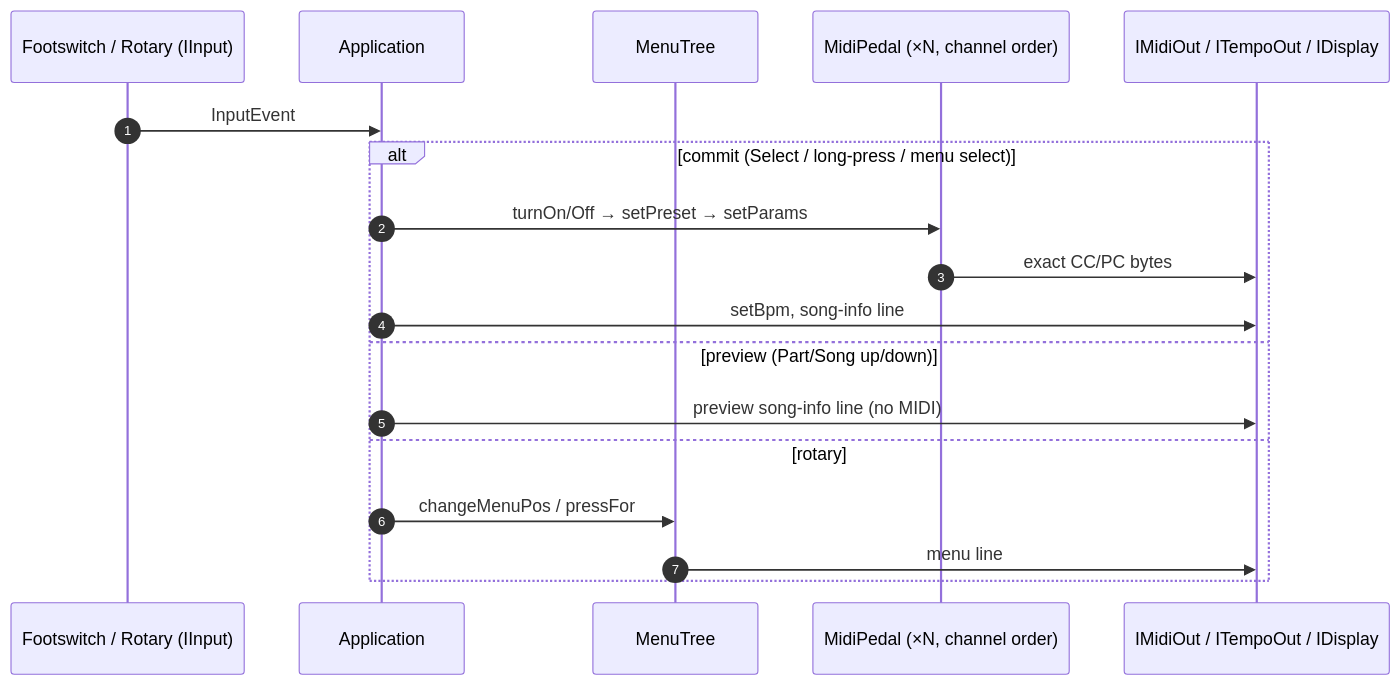
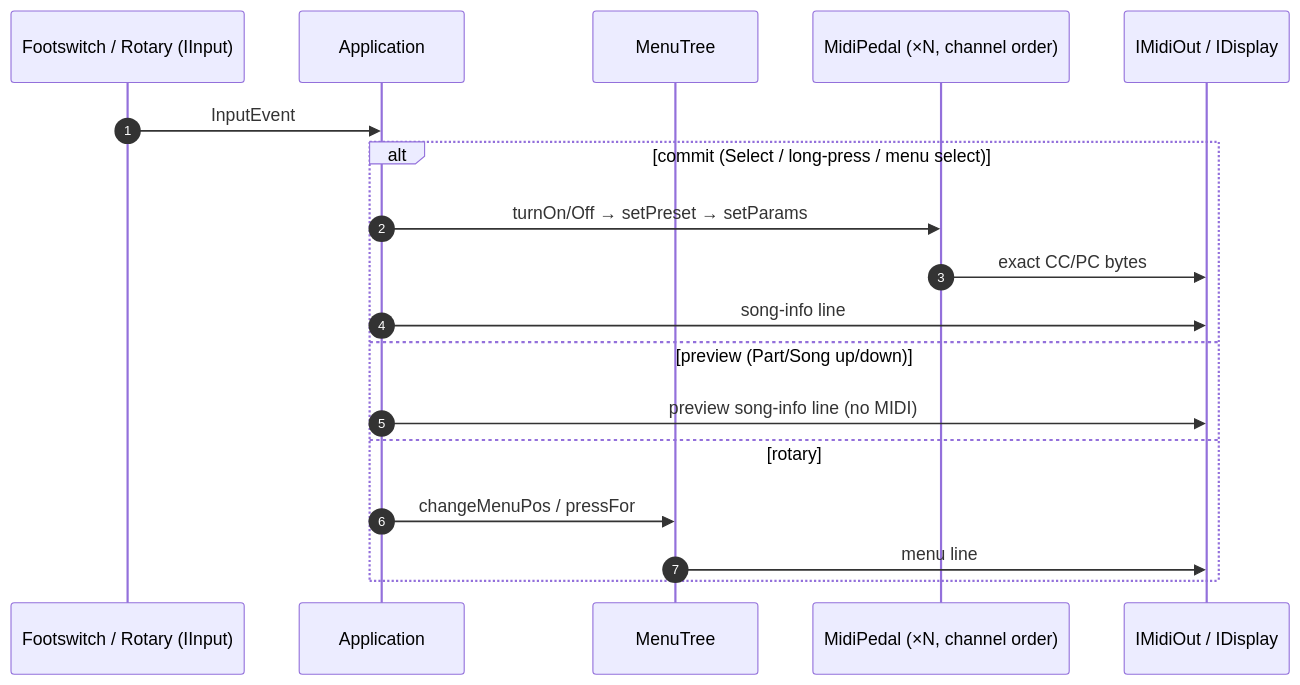
Before and after one commit to jcksnvllxr80/MidiControllerCpp: the second of 2 diagrams in docs/architecture.md, drawn with Mermaid. The commit also changed other lines of this file and 34 other files, not shown here.

````diff
--- a/docs/architecture.md
+++ b/docs/architecture.md
@@ -55,20 +55,20 @@
 ```mermaid
 sequenceDiagram
     autonumber
     participant U as Footswitch / Rotary (IInput)
     participant A as Application
     participant M as MenuTree
     participant P as MidiPedal (×N, channel order)
-    participant Out as IMidiOut / ITempoOut / IDisplay
+    participant Out as IMidiOut / IDisplay
     U->>A: InputEvent
     alt commit (Select / long-press / menu select)
         A->>P: turnOn/Off → setPreset → setParams
         P->>Out: exact CC/PC bytes
-        A->>Out: setBpm, song-info line
+        A->>Out: song-info line
     else preview (Part/Song up/down)
         A->>Out: preview song-info line (no MIDI)
     else rotary
         A->>M: changeMenuPos / pressFor
         M->>Out: menu line
     end
 ```
````
